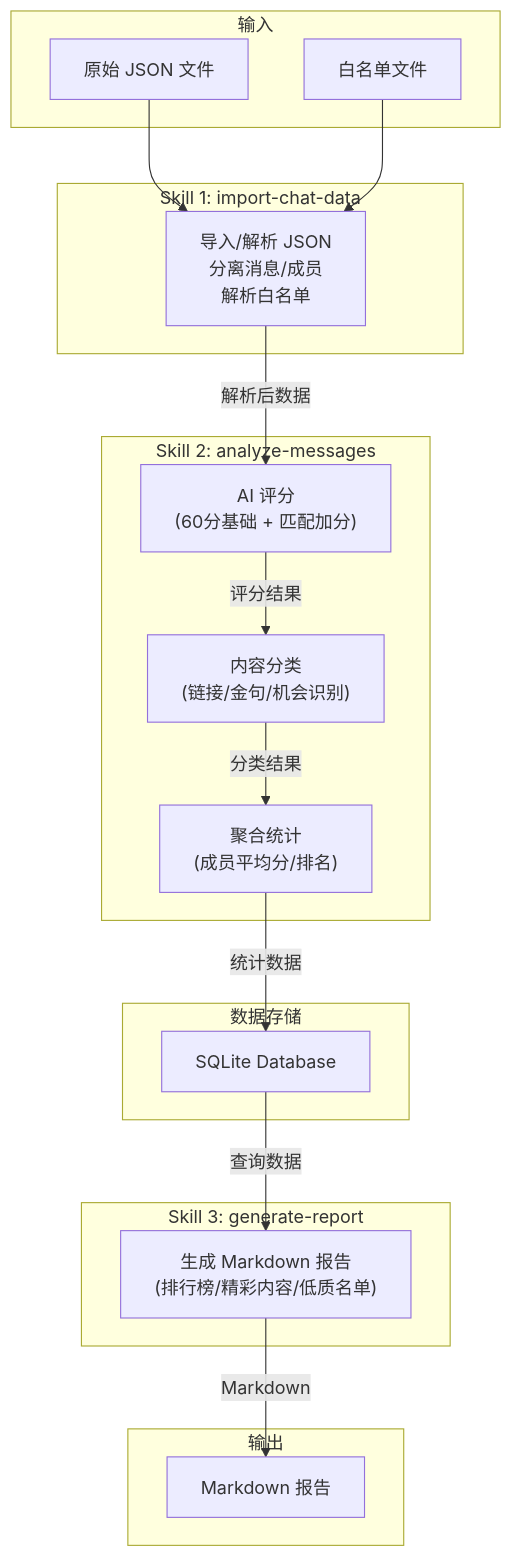
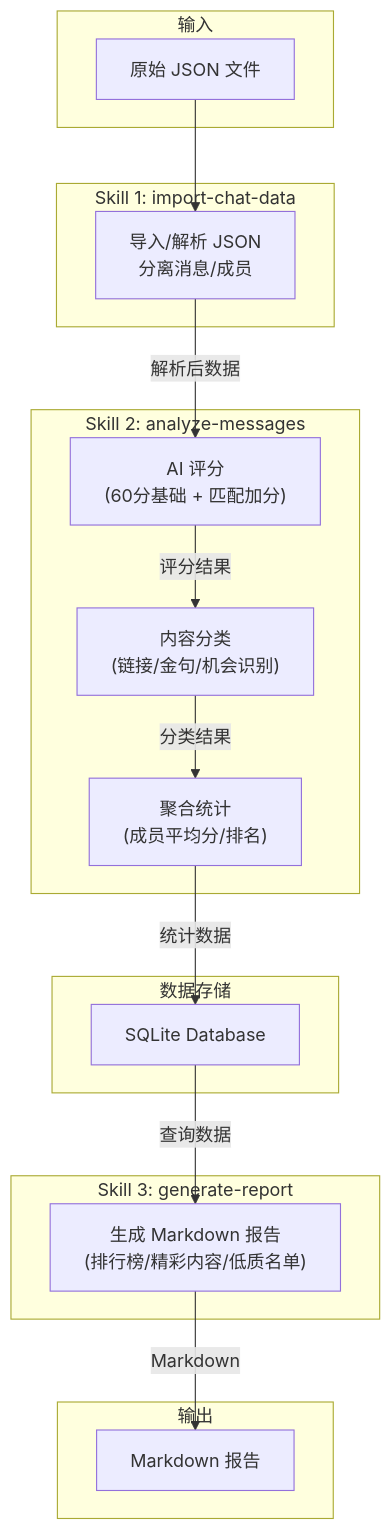
The third of 3 diagrams in docs/技术/系分/系分文档.md (LibreAlchemy/WxGroupReport), drawn with Mermaid before and after one commit. The commit also changed other lines of this file and 28 other files, not shown here.

````diff
--- a/docs/技术/系分/系分文档.md
+++ b/docs/技术/系分/系分文档.md
@@ -732,38 +703,36 @@
 ```mermaid
 flowchart TB
     subgraph Input["输入"]
         F["原始 JSON 文件"]
-        W["白名单文件"]
     end
 
     subgraph "Skill 1: import-chat-data"
-        A["导入/解析 JSON<br/>分离消息/成员<br/>解析白名单"]
+        A["导入/解析 JSON<br/>分离消息/成员"]
     end
 
     subgraph "Skill 2: analyze-messages"  
         B["AI 评分<br/>(60分基础 + 匹配加分)"]
         C["内容分类<br/>(链接/金句/机会识别)"]
         D["聚合统计<br/>(成员平均分/排名)"]
     end
 
     subgraph "Skill 3: generate-report"
         E["生成 Markdown 报告<br/>(排行榜/精彩内容/低质名单)"]
     end
 
     subgraph Storage["数据存储"]
         DB["SQLite Database"]
     end
 
     subgraph Output["输出"]
         M["Markdown 报告"]
     end
 
     F --> A
-    W --> A
     A -->|"解析后数据"| B
     B -->|"评分结果"| C
     C -->|"分类结果"| D
     D -->|"统计数据"| DB
     DB -->|"查询数据"| E
     E -->|"Markdown"| M
 ```
````
